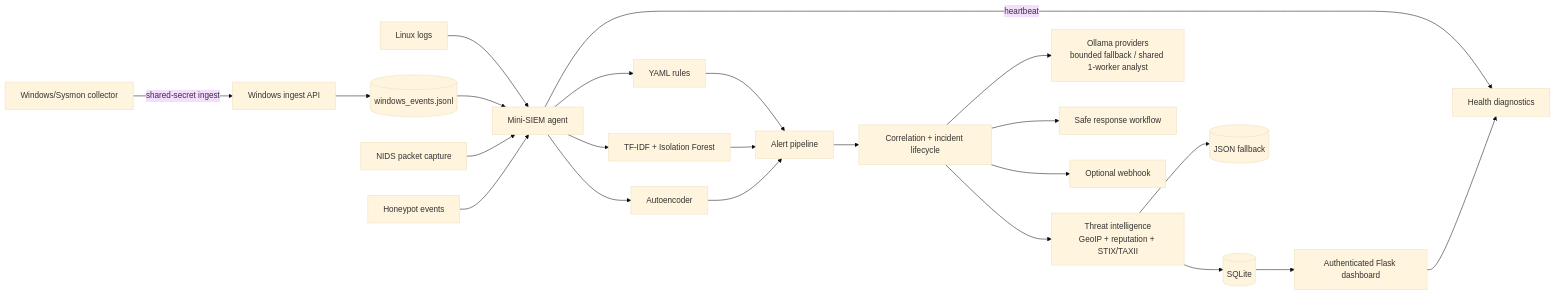
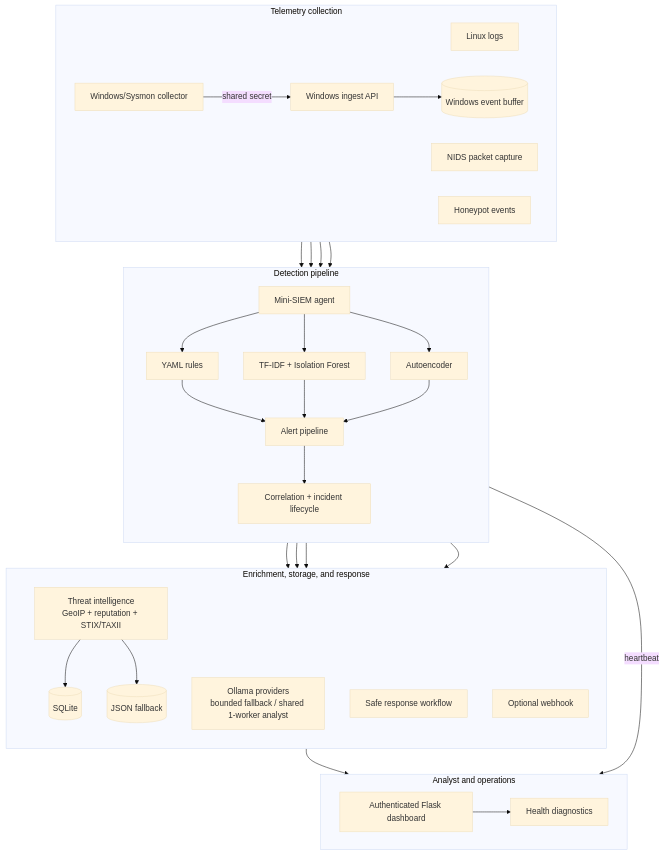
Before and after one commit to zenniskayy2k4/Mini-SIEM: the diagram in README.md, drawn with Mermaid (base theme).

Commit message:
docs: improve architecture diagram readability

````diff
--- a/README.md
+++ b/README.md
@@ -39,28 +39,53 @@
 ```mermaid
-flowchart LR
-    Linux[Linux logs] --> Agent[Mini-SIEM agent]
-    Windows[Windows/Sysmon collector] -->|shared-secret ingest| Ingest[Windows ingest API]
-    Ingest --> WinFile[(windows_events.jsonl)]
+flowchart TB
+    subgraph Collection[Telemetry collection]
+        direction LR
+        Linux[Linux logs]
+        Windows[Windows/Sysmon collector] -->|shared secret| Ingest[Windows ingest API]
+        Ingest --> WinFile[(Windows event buffer)]
+        NIDS[NIDS packet capture]
+        Honey[Honeypot events]
+    end
+
+    subgraph Detection[Detection pipeline]
+        direction TB
+        Agent[Mini-SIEM agent]
+        Agent --> Rules[YAML rules]
+        Agent --> NLP[TF-IDF + Isolation Forest]
+        Agent --> AE[Autoencoder]
+        Rules --> Pipeline[Alert pipeline]
+        NLP --> Pipeline
+        AE --> Pipeline
+        Pipeline --> Correlation[Correlation + incident lifecycle]
+    end
+
+    Linux --> Agent
     WinFile --> Agent
-    NIDS[NIDS packet capture] --> Agent
-    Honey[Honeypot events] --> Agent
+    NIDS --> Agent
+    Honey --> Agent
 
-    Agent --> Rules[YAML rules]
-    Agent --> NLP[TF-IDF + Isolation Forest]
-    Agent --> AE[Autoencoder]
-    Rules --> Pipeline[Alert pipeline]
-    NLP --> Pipeline
-    AE --> Pipeline
+    subgraph Enrichment[Enrichment, storage, and response]
+        direction TB
+        TI["Threat intelligence<br/>GeoIP + reputation + STIX/TAXII"]
+        AI["Ollama providers<br/>bounded fallback / shared 1-worker analyst"]
+        Response[Safe response workflow]
+        Webhook[Optional webhook]
+        TI --> SQLite[(SQLite)]
+        TI --> JSON[(JSON fallback)]
+    end
 
-    Pipeline --> Correlation[Correlation + incident lifecycle]
-    Correlation --> TI["Threat intelligence<br/>GeoIP + reputation + STIX/TAXII"]
-    TI --> SQLite[(SQLite)]
-    TI --> JSON[(JSON fallback)]
-    Correlation --> AI["Ollama providers<br/>bounded fallback / shared 1-worker analyst"]
-    Correlation --> Response[Safe response workflow]
-    Correlation --> Webhook[Optional webhook]
+    Correlation --> TI
+    Correlation --> AI
+    Correlation --> Response
+    Correlation --> Webhook
 
-    SQLite --> UI[Authenticated Flask dashboard]
-    Agent -->|heartbeat| Health[Health diagnostics]
+    subgraph Operations[Analyst and operations]
+        direction LR
+        UI[Authenticated Flask dashboard]
+        Health[Health diagnostics]
+    end
+
+    SQLite --> UI
+    Agent -->|heartbeat| Health
     UI --> Health
 ```
````
